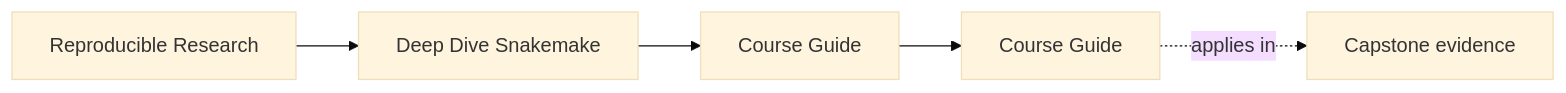
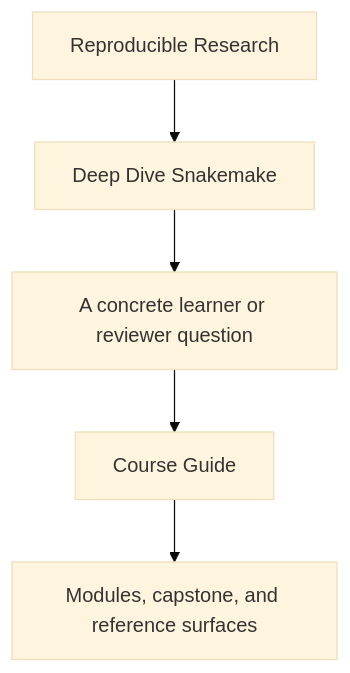
The first of 2 diagrams in programs/reproducible-research/deep-dive-snakemake/course-book/guides/course-guide.md (bijux/bijux-masterclass), drawn with Mermaid (base theme) before and after one commit. The commit also changed other lines of this file and 29 other files, not shown here.

Commit message:
docs(deep-dive-snakemake): sharpen guide and reference diagrams

````diff
--- a/programs/reproducible-research/deep-dive-snakemake/course-book/guides/course-guide.md
+++ b/programs/reproducible-research/deep-dive-snakemake/course-book/guides/course-guide.md
@@ -9,11 +9,7 @@
 ```mermaid
-graph LR
-  family["Reproducible Research"]
-  program["Deep Dive Snakemake"]
-  section["Course Guide"]
-  page["Course Guide"]
-  capstone["Capstone evidence"]
-
-  family --> program --> section --> page
-  page -.applies in.-> capstone
+flowchart TD
+  family["Reproducible Research"] --> program["Deep Dive Snakemake"]
+  program --> pressure["A concrete learner or reviewer question"]
+  pressure --> guide["Course Guide"]
+  guide --> next["Modules, capstone, and reference surfaces"]
 ```
````
